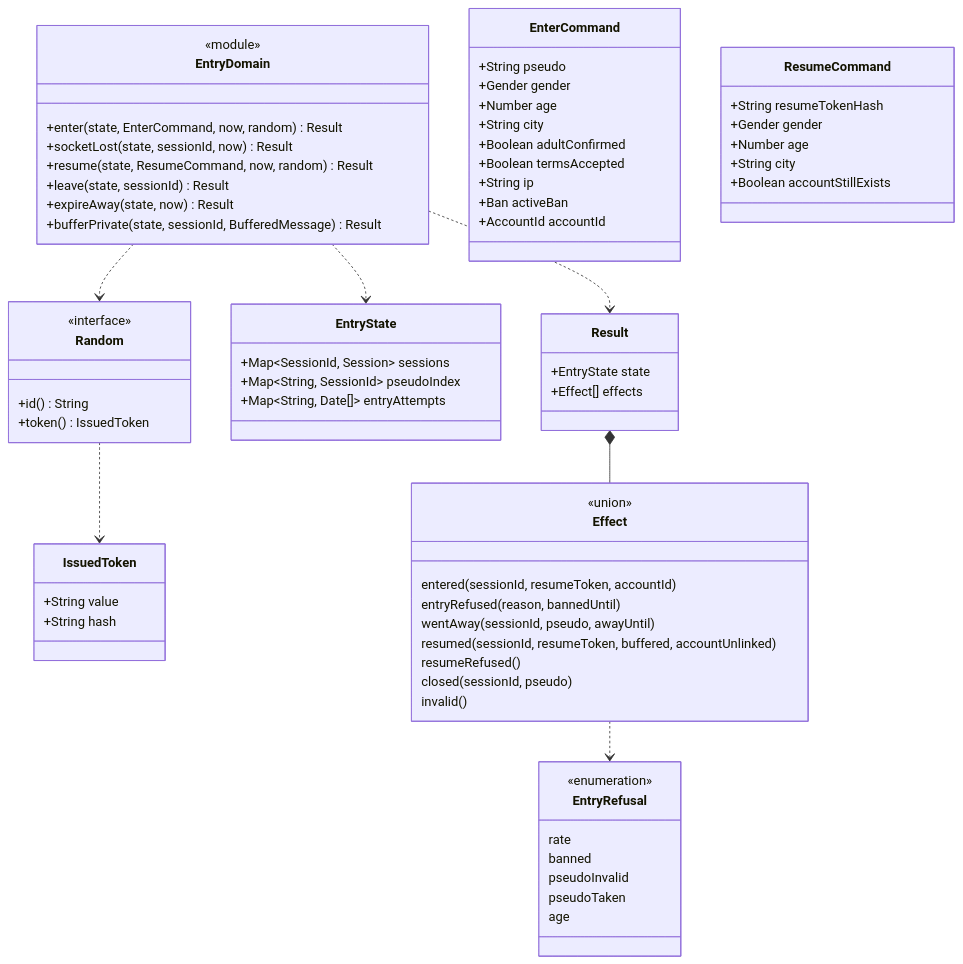
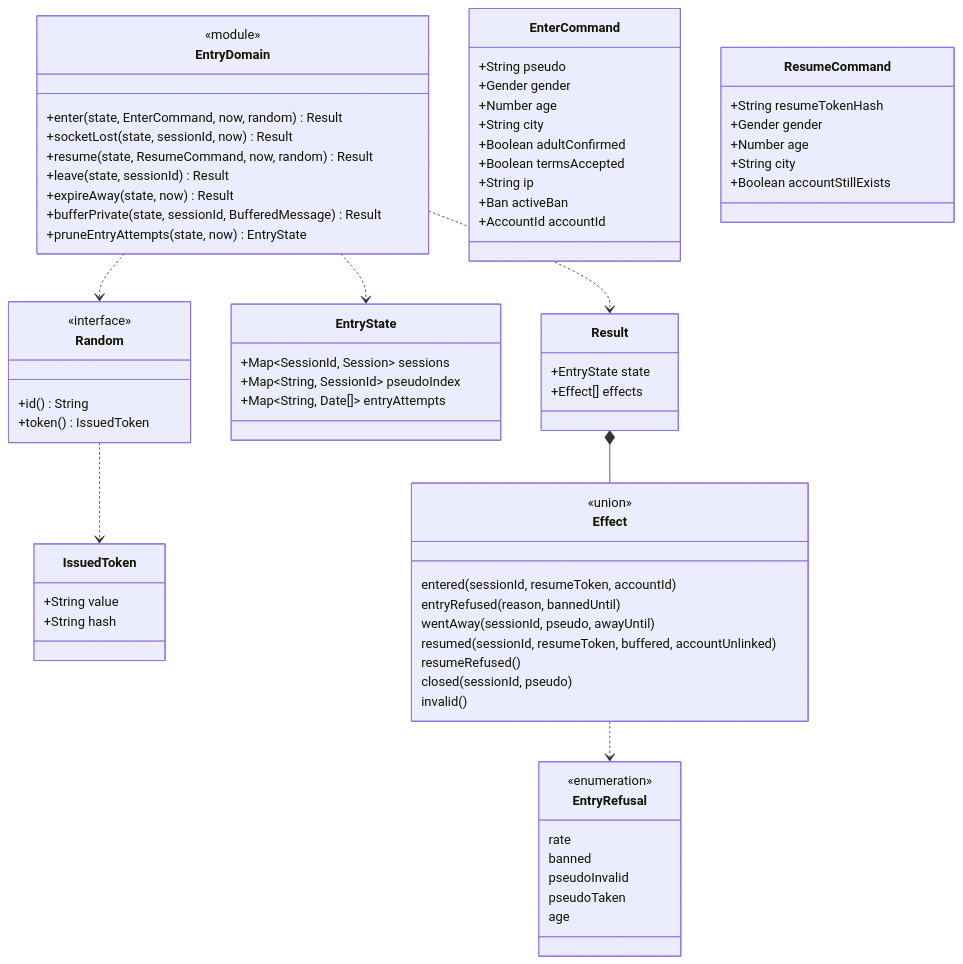
The diagram in docs/architecture/diagrams/entry/07-class-domain-api.md (benoit-bremaud/asv), drawn with Mermaid before and after one commit. The commit also changed other lines of this file and 8 other files, not shown here.

````diff
--- a/docs/architecture/diagrams/entry/07-class-domain-api.md
+++ b/docs/architecture/diagrams/entry/07-class-domain-api.md
@@ -16,72 +16,73 @@
 ```mermaid
 classDiagram
   class EntryDomain {
     <<module>>
     +enter(state, EnterCommand, now, random) Result
     +socketLost(state, sessionId, now) Result
     +resume(state, ResumeCommand, now, random) Result
     +leave(state, sessionId) Result
     +expireAway(state, now) Result
     +bufferPrivate(state, sessionId, BufferedMessage) Result
+    +pruneEntryAttempts(state, now) EntryState
   }
   class Random {
     <<interface>>
     +id() String
     +token() IssuedToken
   }
   class IssuedToken {
     +String value
     +String hash
   }
   class EntryState {
     +Map~SessionId, Session~ sessions
     +Map~String, SessionId~ pseudoIndex
     +Map~String, Date[]~ entryAttempts
   }
   class EnterCommand {
     +String pseudo
     +Gender gender
     +Number age
     +String city
     +Boolean adultConfirmed
     +Boolean termsAccepted
     +String ip
     +Ban activeBan
     +AccountId accountId
   }
   class ResumeCommand {
     +String resumeTokenHash
     +Gender gender
     +Number age
     +String city
     +Boolean accountStillExists
   }
   class Result {
     +EntryState state
     +Effect[] effects
   }
   class Effect {
     <<union>>
     entered(sessionId, resumeToken, accountId)
     entryRefused(reason, bannedUntil)
     wentAway(sessionId, pseudo, awayUntil)
     resumed(sessionId, resumeToken, buffered, accountUnlinked)
     resumeRefused()
     closed(sessionId, pseudo)
     invalid()
   }
   class EntryRefusal {
     <<enumeration>>
     rate
     banned
     pseudoInvalid
     pseudoTaken
     age
   }
   EntryDomain ..> Random
   EntryDomain ..> EntryState
   EntryDomain ..> Result
   Random ..> IssuedToken
   Result *-- Effect
   Effect ..> EntryRefusal
 ```
````
